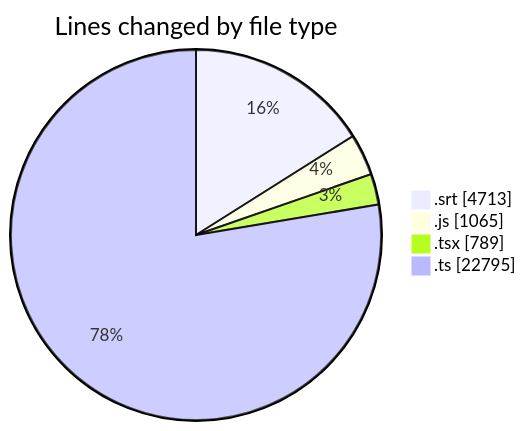
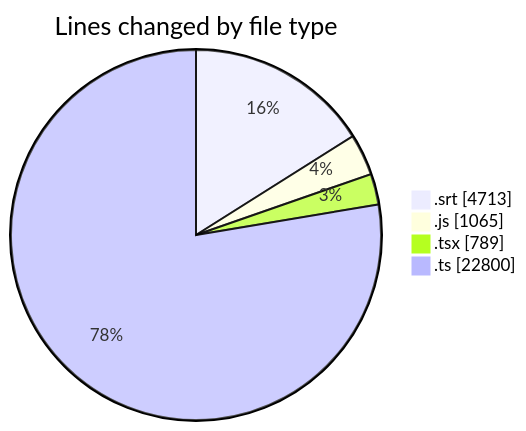
One commit to momahboobian/code-tracking changed the first of 2 diagrams in 2026-09-21/cda/README.md. Above: the diagram before and after it, drawn with Mermaid. The commit also changed other lines of this file and 1 other file, not shown here.

````diff
--- a/2026-09-21/cda/README.md
+++ b/2026-09-21/cda/README.md
@@ -34,8 +34,8 @@
 ```mermaid
 pie showData
 title Lines changed by file type
 ".srt" : 4713
 ".js" : 1065
 ".tsx" : 789
-".ts" : 22795
+".ts" : 22800
 ```
````
